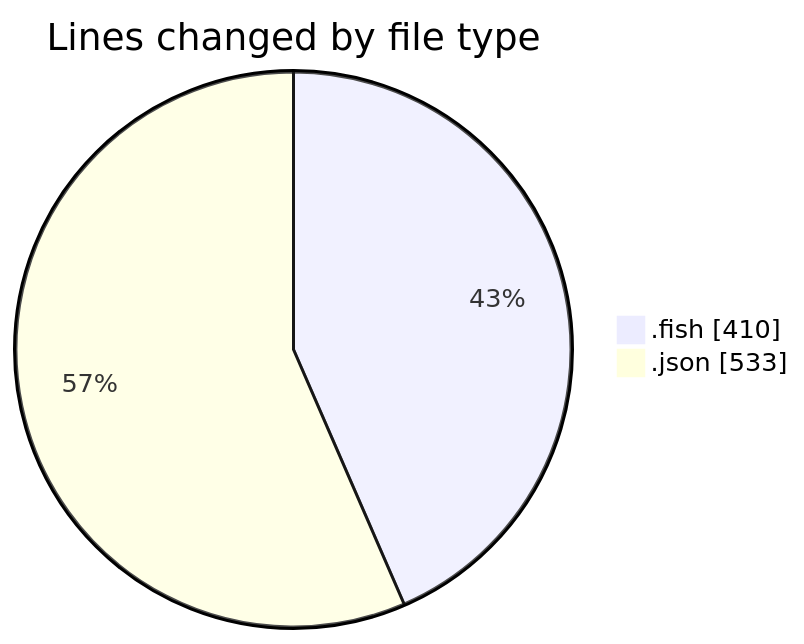
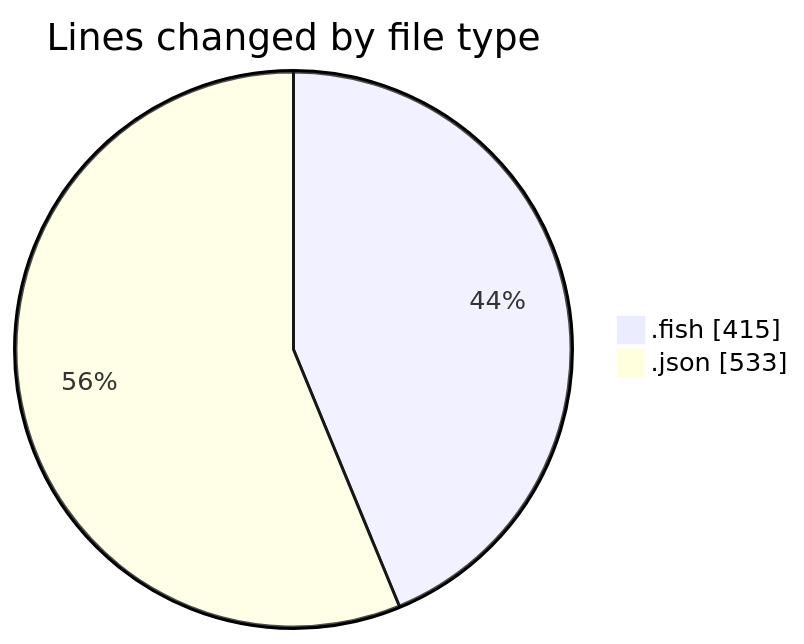
Before and after one commit to EIIisD/code-tracking: the first of 2 diagrams in 2025-07-22/fish/README.md, drawn with Mermaid. The commit also changed other lines of this file and 1 other file, not shown here.

````diff
--- a/2025-07-22/fish/README.md
+++ b/2025-07-22/fish/README.md
@@ -23,6 +23,6 @@
 ```mermaid
 pie showData
 title Lines changed by file type
-".fish" : 410
+".fish" : 415
 ".json" : 533
 ```
````
